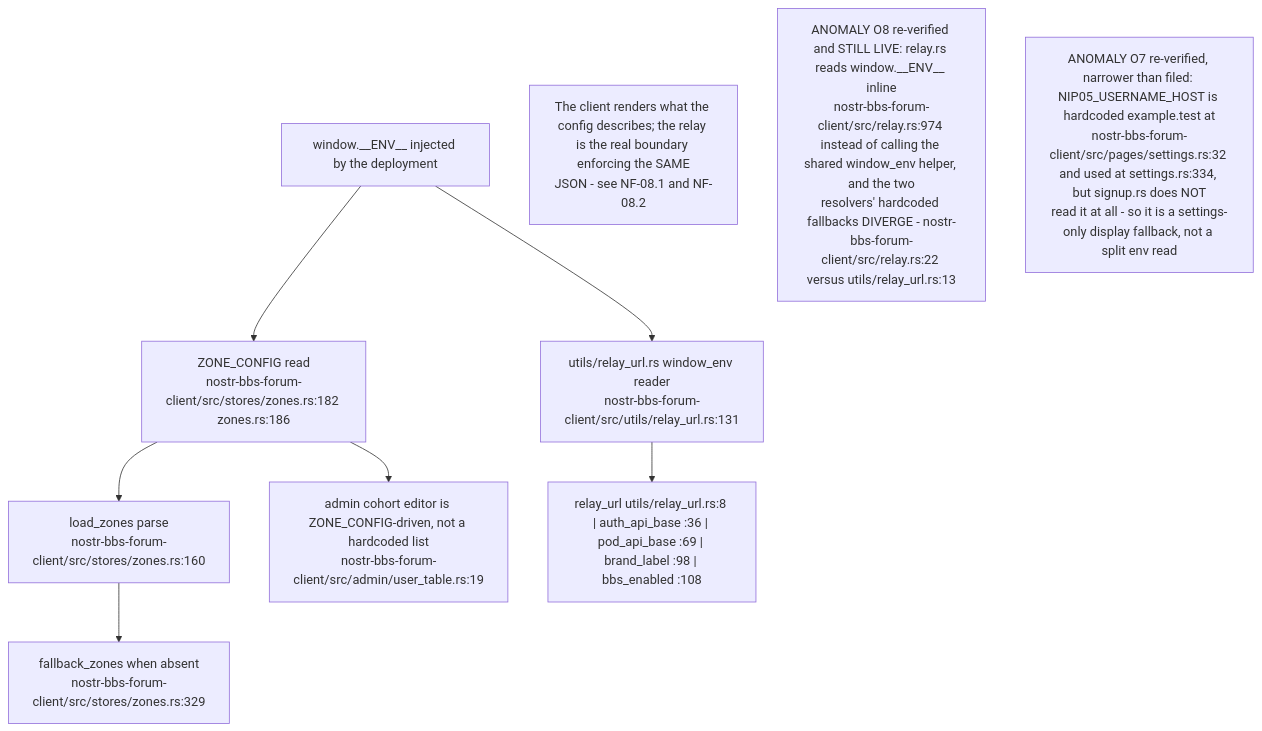
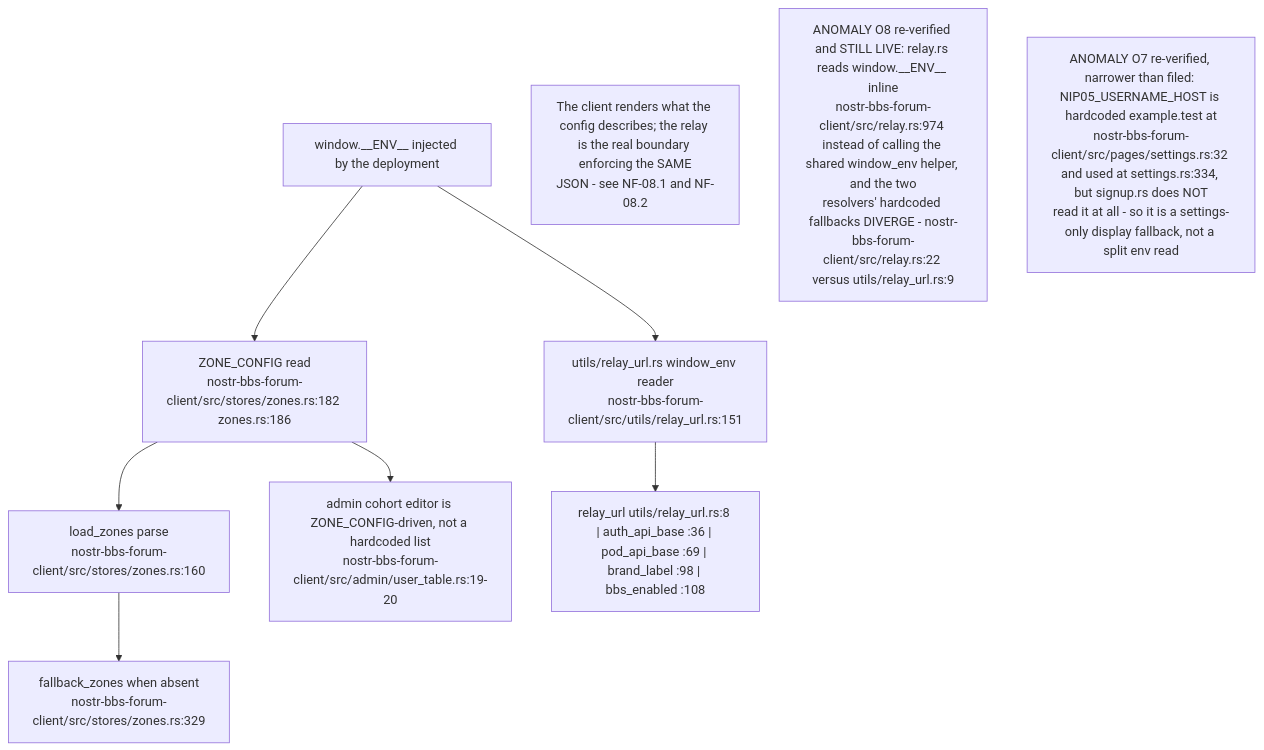
The seventh of 16 diagrams in docs/diagrams/nostr-rust-forum/05-leptos-clients-onboarding-messaging-governance.md (DreamLab-AI/VisionFlow), drawn with Mermaid before and after one commit. The commit also changed other lines of this file and 111 other files, not shown here.

Commit message:
docs(diagrams): align estate maps with current source

````diff
--- a/docs/diagrams/nostr-rust-forum/05-leptos-clients-onboarding-messaging-governance.md
+++ b/docs/diagrams/nostr-rust-forum/05-leptos-clients-onboarding-messaging-governance.md
@@ -246,18 +246,18 @@
 ```mermaid
 flowchart TB
     ENV["window.__ENV__ injected by the deployment"]
     ZC["ZONE_CONFIG read<br/>nostr-bbs-forum-client/src/stores/zones.rs:182 zones.rs:186"]
     LOAD["load_zones parse<br/>nostr-bbs-forum-client/src/stores/zones.rs:160"]
     FB["fallback_zones when absent<br/>nostr-bbs-forum-client/src/stores/zones.rs:329"]
-    URLS["utils/relay_url.rs window_env reader<br/>nostr-bbs-forum-client/src/utils/relay_url.rs:131"]
+    URLS["utils/relay_url.rs window_env reader<br/>nostr-bbs-forum-client/src/utils/relay_url.rs:151"]
     R["relay_url utils/relay_url.rs:8 | auth_api_base :36 | pod_api_base :69 | brand_label :98 | bbs_enabled :108"]
-    COH["admin cohort editor is ZONE_CONFIG-driven, not a hardcoded list<br/>nostr-bbs-forum-client/src/admin/user_table.rs:19"]
+    COH["admin cohort editor is ZONE_CONFIG-driven, not a hardcoded list<br/>nostr-bbs-forum-client/src/admin/user_table.rs:19-20"]
 
     ENV --> ZC --> LOAD --> FB
     ENV --> URLS --> R
     ZC --> COH
 
     N1["The client renders what the config describes; the relay is the real boundary enforcing the SAME<br/>JSON - see NF-08.1 and NF-08.2"]
-    N2["ANOMALY O8 re-verified and STILL LIVE: relay.rs reads window.__ENV__ inline<br/>nostr-bbs-forum-client/src/relay.rs:974 instead of calling the shared window_env helper, and the two<br/>resolvers' hardcoded fallbacks DIVERGE - nostr-bbs-forum-client/src/relay.rs:22 versus utils/relay_url.rs:13"]
+    N2["ANOMALY O8 re-verified and STILL LIVE: relay.rs reads window.__ENV__ inline<br/>nostr-bbs-forum-client/src/relay.rs:974 instead of calling the shared window_env helper, and the two<br/>resolvers' hardcoded fallbacks DIVERGE - nostr-bbs-forum-client/src/relay.rs:22 versus utils/relay_url.rs:9"]
     N3["ANOMALY O7 re-verified, narrower than filed: NIP05_USERNAME_HOST is hardcoded example.test at<br/>nostr-bbs-forum-client/src/pages/settings.rs:32 and used at settings.rs:334, but signup.rs does NOT<br/>read it at all - so it is a settings-only display fallback, not a split env read"]
 ```
````
